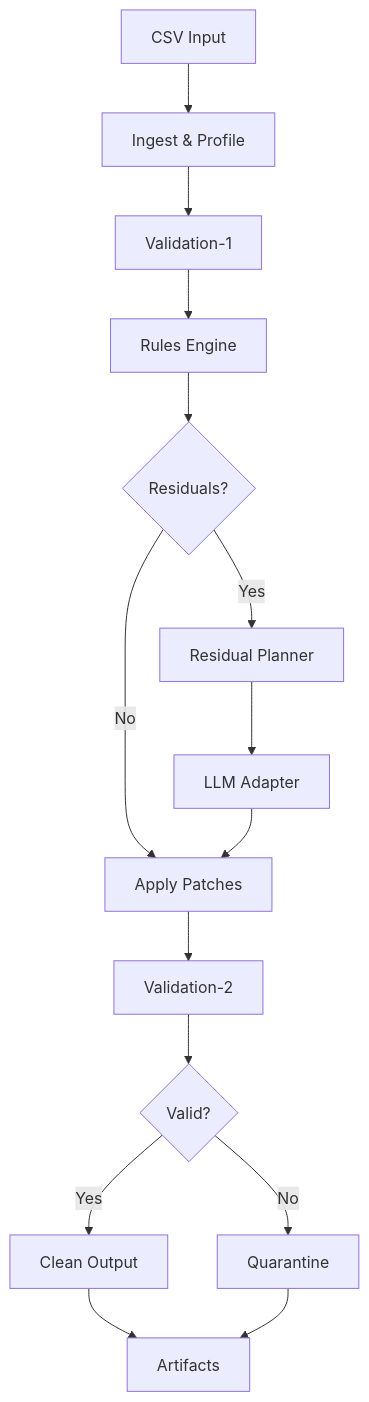
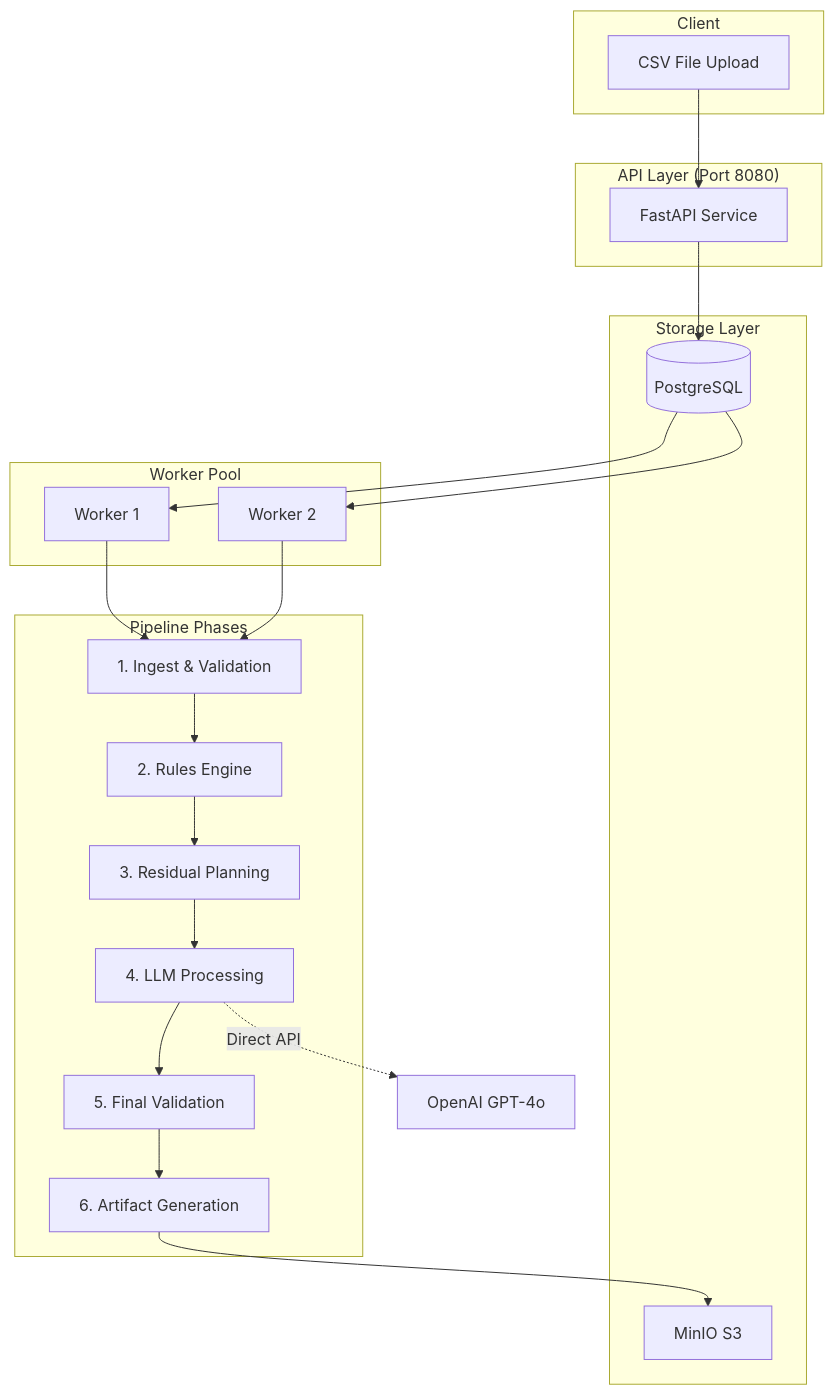
Before and after one commit to jamesonstone/centrifuge: the diagram in README.md, drawn with Mermaid. The commit also changed other lines of this file and 11 other files, not shown here.

````diff
--- a/README.md
+++ b/README.md
@@ -66,17 +166,38 @@
 ```mermaid
-graph TD
-    A[CSV Input] --> B[Ingest & Profile]
-    B --> C[Validation-1]
-    C --> D[Rules Engine]
-    D --> E{Residuals?}
-    E -->|Yes| F[Residual Planner]
-    E -->|No| H
-    F --> G[LLM Adapter]
-    G --> H[Apply Patches]
-    H --> I[Validation-2]
-    I --> J{Valid?}
-    J -->|Yes| K[Clean Output]
-    J -->|No| L[Quarantine]
-    K --> M[Artifacts]
-    L --> M
+graph TB
+    subgraph "Client"
+        A[CSV File Upload]
+    end
+
+    subgraph "API Layer (Port 8080)"
+        B[FastAPI Service]
+    end
+
+    subgraph "Storage Layer"
+        C[(PostgreSQL)]
+        D[MinIO S3]
+    end
+
+    subgraph "Worker Pool"
+        E[Worker 1]
+        F[Worker 2]
+    end
+
+    subgraph "Pipeline Phases"
+        G[1. Ingest & Validation]
+        H[2. Rules Engine]
+        I[3. Residual Planning]
+        J[4. LLM Processing]
+        K[5. Final Validation]
+        L[6. Artifact Generation]
+    end
+
+    A --> B
+    B --> C
+    C --> E
+    C --> F
+    E --> G --> H --> I --> J --> K --> L
+    F --> G
+    L --> D
+    J -.->|Direct API| M[OpenAI GPT-4o]
 ```
````
